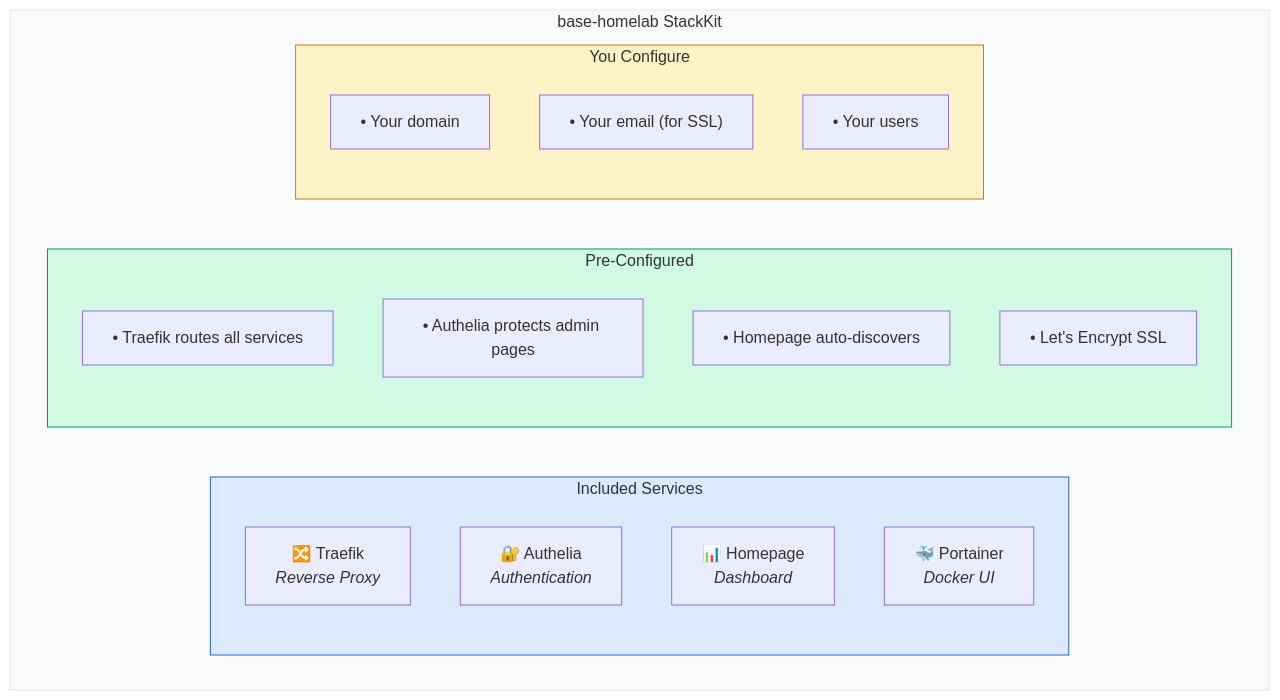
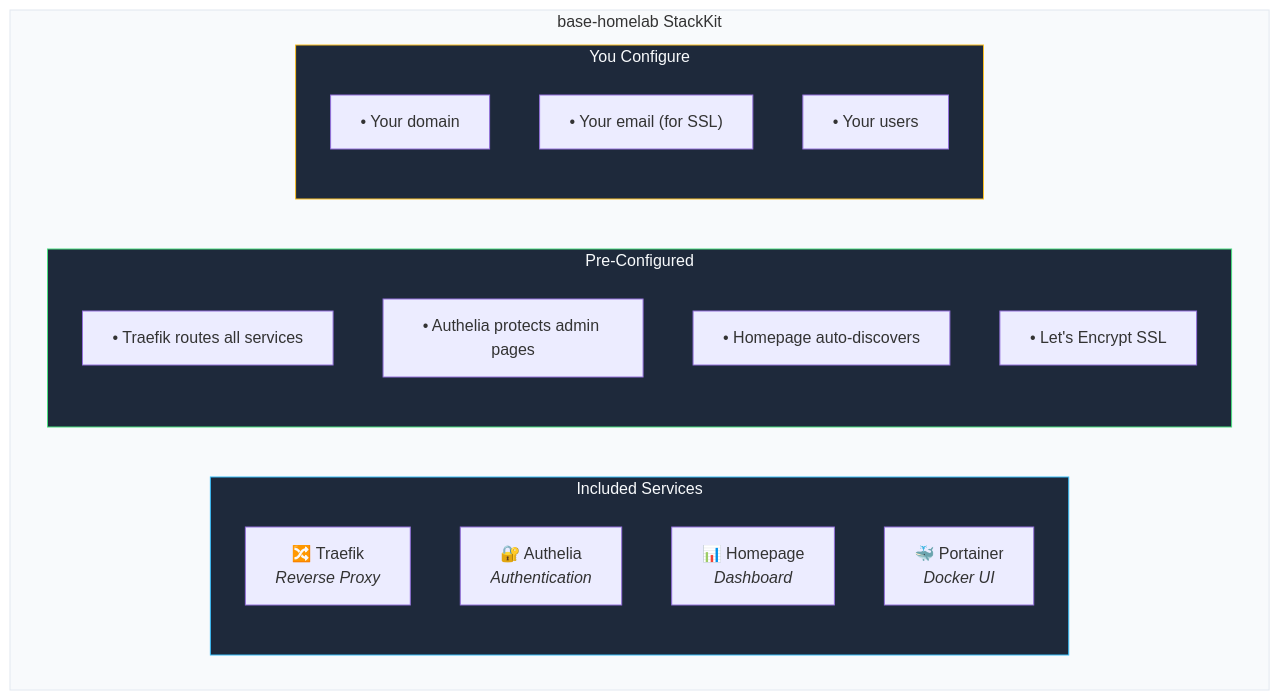
Before and after one commit to KombiverseLabs/docs: the fourth of 5 diagrams in concepts/stackkits.mdx, drawn with Mermaid. The commit also changed other lines of this file and 33 other files, not shown here.

````diff
--- a/concepts/stackkits.mdx
+++ b/concepts/stackkits.mdx
@@ -228,29 +228,29 @@
 ```mermaid
 graph TB
     subgraph BaseHomelab["base-homelab StackKit"]
         subgraph Services["Included Services"]
             Traefik["🔀 Traefik<br/><i>Reverse Proxy</i>"]
             Authelia["🔐 Authelia<br/><i>Authentication</i>"]
             Homepage["📊 Homepage<br/><i>Dashboard</i>"]
             Portainer["🐳 Portainer<br/><i>Docker UI</i>"]
         end
 
         subgraph Preconfigured["Pre-Configured"]
             Routes["• Traefik routes all services"]
             Auth["• Authelia protects admin pages"]
             Discovery["• Homepage auto-discovers"]
             SSL["• Let's Encrypt SSL"]
         end
 
         subgraph YouConfigure["You Configure"]
             Domain["• Your domain"]
             Email["• Your email (for SSL)"]
             Users["• Your users"]
         end
     end
 
     style BaseHomelab fill:#f8fafc,stroke:#e2e8f0
-    style Services fill:#dbeafe,stroke:#2563eb
-    style Preconfigured fill:#d1fae5,stroke:#059669
-    style YouConfigure fill:#fef3c7,stroke:#d97706
+    style Services fill:#1e293b,stroke:#38bdf8,color:#f8fafc
+    style Preconfigured fill:#1e293b,stroke:#4ade80,color:#f8fafc
+    style YouConfigure fill:#1e293b,stroke:#fbbf24,color:#f8fafc
 ```
````
